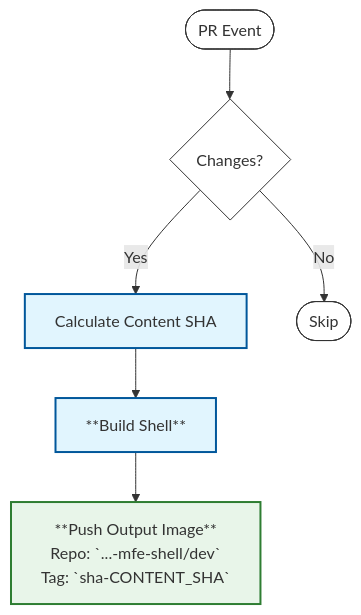
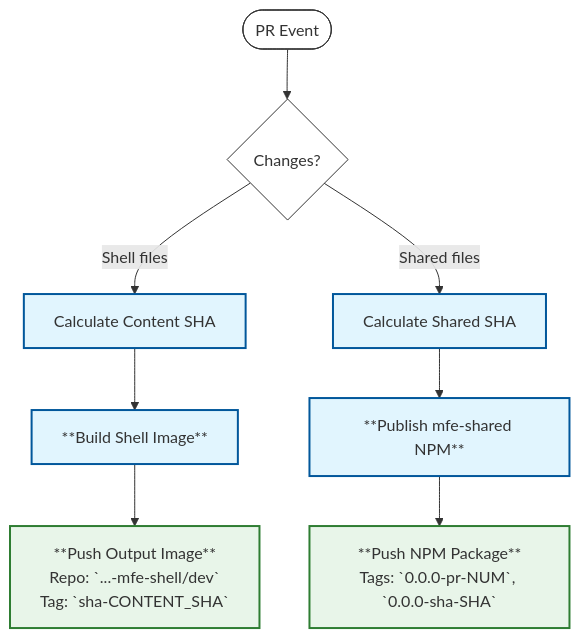
One commit to PolecatWorks/Mfe-shell changed the third of 5 diagrams in .github/WORKFLOW_LOGIC.md. Above: the diagram before and after it, drawn with Mermaid. The commit also changed other lines of this file and 18 other files, not shown here.

Commit message:
task: publish mfe-shared to github packages and update consumers

````diff
--- a/.github/WORKFLOW_LOGIC.md
+++ b/.github/WORKFLOW_LOGIC.md
@@ -100,18 +76,20 @@
 ```mermaid
 flowchart TD
     Start([PR Event]) --> CheckPaths{Changes?}
 
-    CheckPaths -->|Yes| CalcSHA[Calculate Content SHA]
-    CheckPaths -->|No| Skip([Skip])
+    CheckPaths -->|Shell files| CalcSHA[Calculate Content SHA]
+    CheckPaths -->|Shared files| CalcSharedSHA[Calculate Shared SHA]
 
-    CalcSHA --> Build[**Build Shell**]
+    CalcSHA --> Build[**Build Shell Image**]
+    CalcSharedSHA --> BuildShared[**Publish mfe-shared NPM**]
 
     Build --> Output[**Push Output Image**<br/>Repo: `...-mfe-shell/dev`<br/>Tag: `sha-CONTENT_SHA`]
+    BuildShared --> SharedOutput[**Push NPM Package**<br/>Tags: `0.0.0-pr-NUM`, `0.0.0-sha-SHA`]
 
     classDef default fill:#fff,stroke:#333,stroke-width:1px;
     classDef action fill:#e1f5fe,stroke:#01579b,stroke-width:2px;
     classDef output fill:#e8f5e9,stroke:#2e7d32,stroke-width:2px;
 
-    class CalcSHA,Build action;
-    class Output output;
+    class CalcSHA,Build,CalcSharedSHA,BuildShared action;
+    class Output,SharedOutput output;
 ```
````
